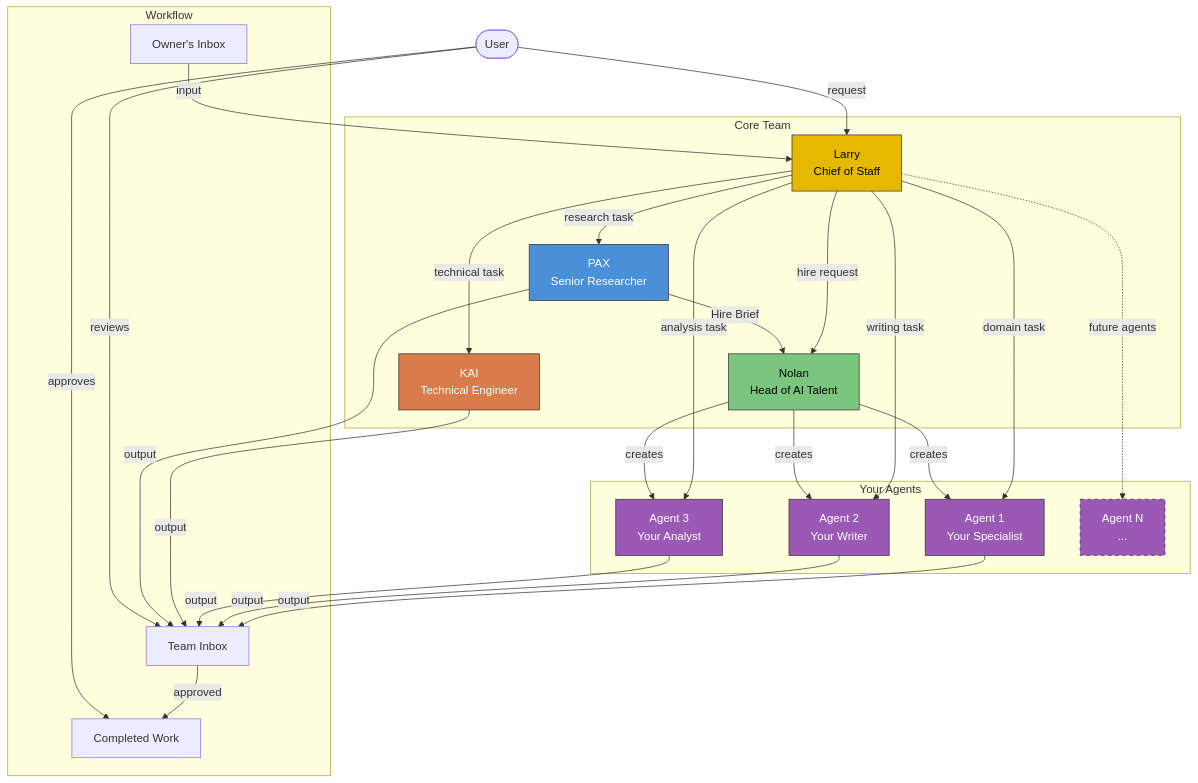
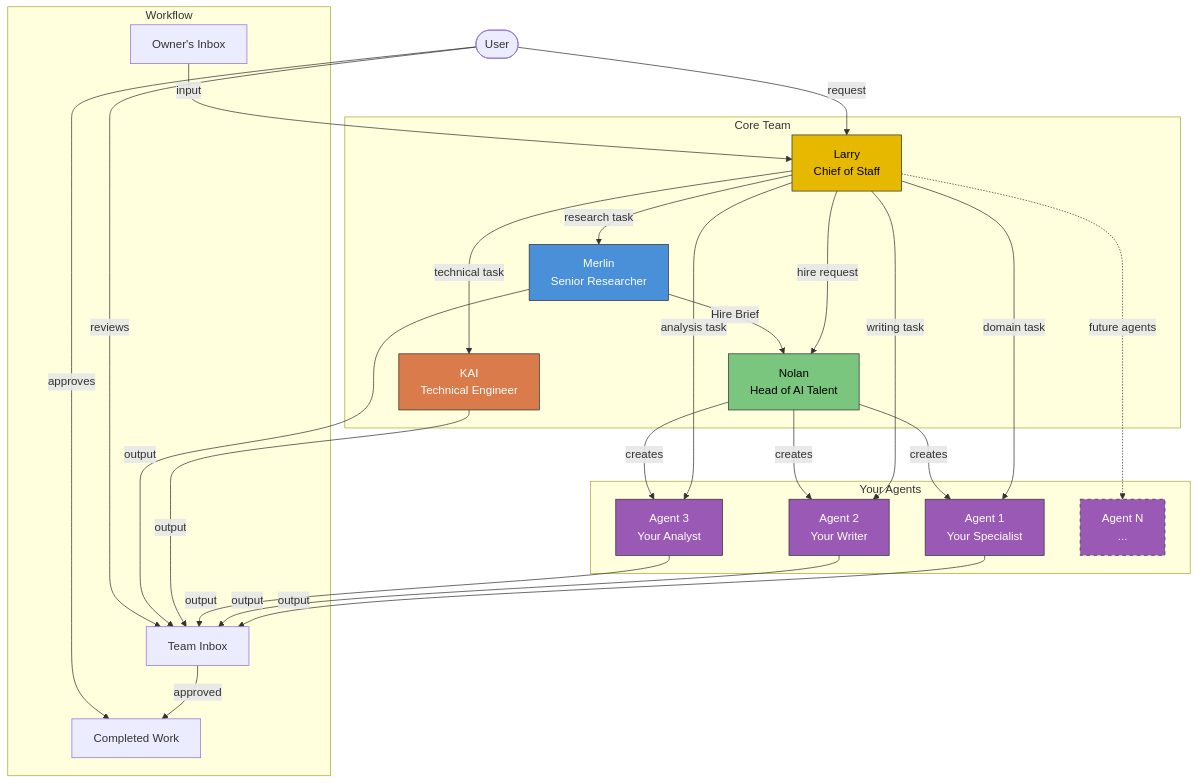
One commit to MetamusicX/agent-orchestra changed the diagram in diagrams/orchestra-topology.mermaid. Above: the diagram before and after it, drawn with Mermaid. The commit also changed 21 other files, not shown here.

First line of the commit message:
Rename PAX to Merlin across entire system

```diff
--- a/diagrams/orchestra-topology.mermaid
+++ b/diagrams/orchestra-topology.mermaid
@@ -1,42 +1,42 @@
 graph TD
     User([User]) -->|request| Larry[Larry<br/>Chief of Staff]
 
     subgraph Core Team
-        Larry -->|research task| PAX[PAX<br/>Senior Researcher]
+        Larry -->|research task| Merlin[Merlin<br/>Senior Researcher]
         Larry -->|hire request| Nolan[Nolan<br/>Head of AI Talent]
         Larry -->|technical task| KAI[KAI<br/>Technical Engineer]
-        PAX -->|Hire Brief| Nolan
+        Merlin -->|Hire Brief| Nolan
     end
 
     subgraph Your Agents
         Larry -->|domain task| A1[Agent 1<br/>Your Specialist]
         Larry -->|writing task| A2[Agent 2<br/>Your Writer]
         Larry -->|analysis task| A3[Agent 3<br/>Your Analyst]
         Larry -.->|future agents| AN[Agent N<br/>...]
     end
 
     Nolan -->|creates| A1
     Nolan -->|creates| A2
     Nolan -->|creates| A3
 
     subgraph Workflow
         OI[Owner's Inbox] -->|input| Larry
         A1 -->|output| TI[Team Inbox]
         A2 -->|output| TI
         A3 -->|output| TI
         KAI -->|output| TI
-        PAX -->|output| TI
+        Merlin -->|output| TI
         TI -->|approved| CW[Completed Work]
     end
 
     User -->|reviews| TI
     User -->|approves| CW
 
     style Larry fill:#e6b800,stroke:#333,color:#000
-    style PAX fill:#4a90d9,stroke:#333,color:#fff
+    style Merlin fill:#4a90d9,stroke:#333,color:#fff
     style Nolan fill:#7bc67e,stroke:#333,color:#000
     style KAI fill:#d97b4a,stroke:#333,color:#fff
     style A1 fill:#9b59b6,stroke:#333,color:#fff
     style A2 fill:#9b59b6,stroke:#333,color:#fff
     style A3 fill:#9b59b6,stroke:#333,color:#fff
     style AN fill:#9b59b6,stroke:#333,color:#fff,stroke-dasharray: 5 5
```
